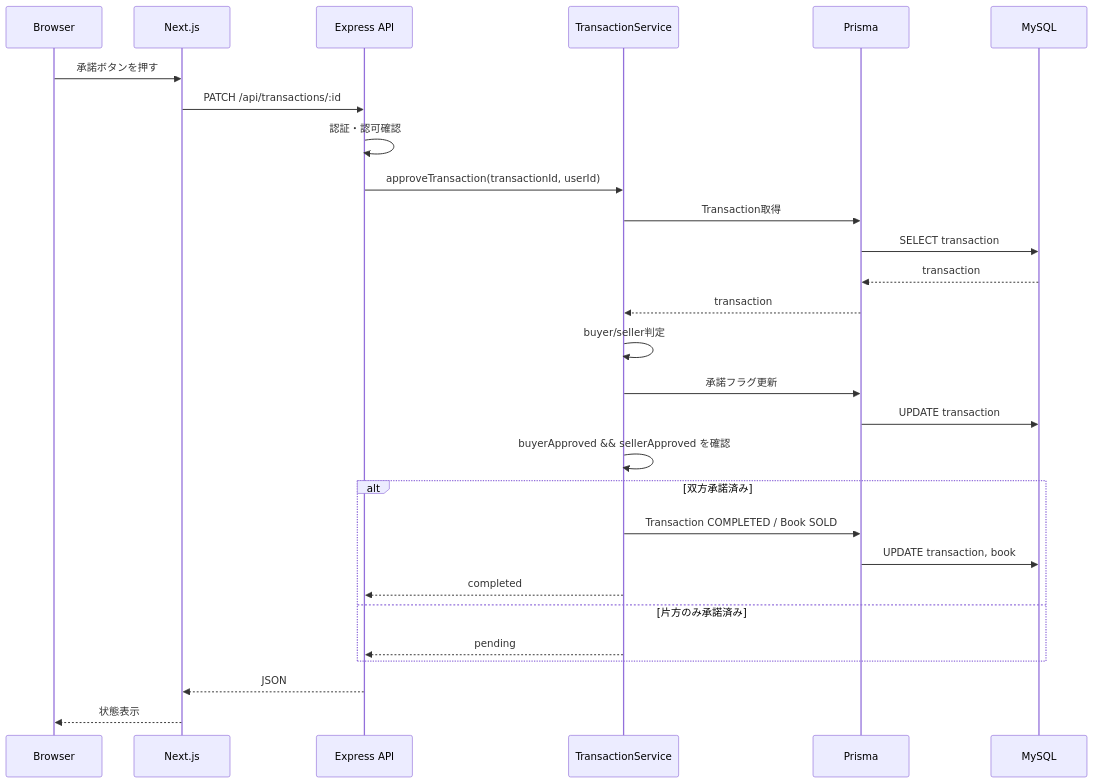
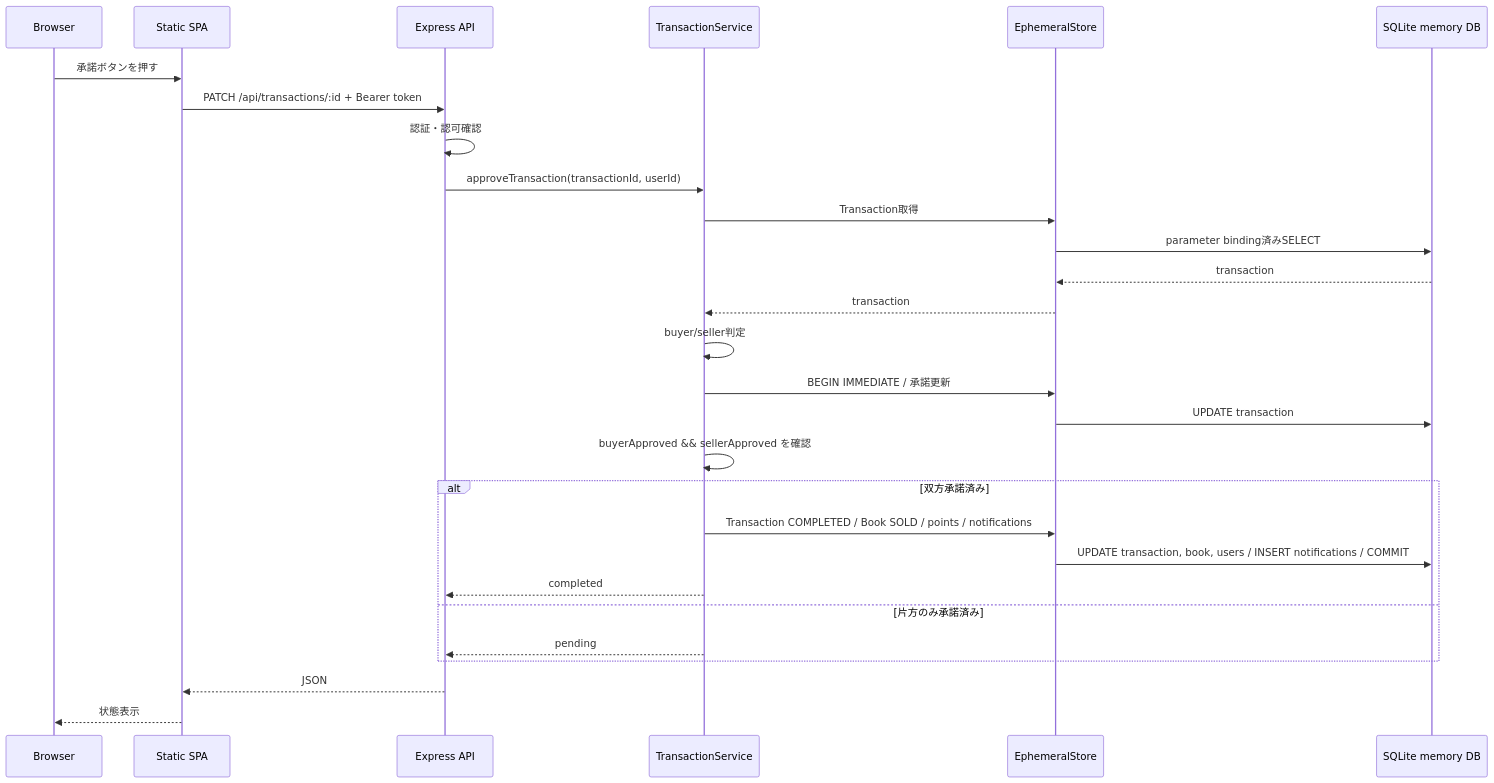
The fifth of 6 diagrams in README.md (Shundai0110/webproFinalApp), drawn with Mermaid before and after one commit. The commit also changed other lines of this file and 36 other files, not shown here.

````diff
--- a/README.md
+++ b/README.md
@@ -1146,31 +1153,31 @@
 ```mermaid
 sequenceDiagram
     participant Browser as Browser
-    participant Next as Next.js
+    participant SPA as Static SPA
     participant API as Express API
     participant Service as TransactionService
-    participant Prisma as Prisma
-    participant DB as MySQL
+    participant Store as EphemeralStore
+    participant DB as SQLite memory DB
 
-    Browser->>Next: 承諾ボタンを押す
-    Next->>API: PATCH /api/transactions/:id
+    Browser->>SPA: 承諾ボタンを押す
+    SPA->>API: PATCH /api/transactions/:id + Bearer token
     API->>API: 認証・認可確認
     API->>Service: approveTransaction(transactionId, userId)
-    Service->>Prisma: Transaction取得
-    Prisma->>DB: SELECT transaction
-    DB-->>Prisma: transaction
-    Prisma-->>Service: transaction
+    Service->>Store: Transaction取得
+    Store->>DB: parameter binding済みSELECT
+    DB-->>Store: transaction
+    Store-->>Service: transaction
     Service->>Service: buyer/seller判定
-    Service->>Prisma: 承諾フラグ更新
-    Prisma->>DB: UPDATE transaction
+    Service->>Store: BEGIN IMMEDIATE / 承諾更新
+    Store->>DB: UPDATE transaction
     Service->>Service: buyerApproved && sellerApproved を確認
     alt 双方承諾済み
-        Service->>Prisma: Transaction COMPLETED / Book SOLD
-        Prisma->>DB: UPDATE transaction, book
+        Service->>Store: Transaction COMPLETED / Book SOLD / points / notifications
+        Store->>DB: UPDATE transaction, book, users / INSERT notifications / COMMIT
         Service-->>API: completed
     else 片方のみ承諾済み
         Service-->>API: pending
     end
-    API-->>Next: JSON
-    Next-->>Browser: 状態表示
+    API-->>SPA: JSON
+    SPA-->>Browser: 状態表示
 ```
````
